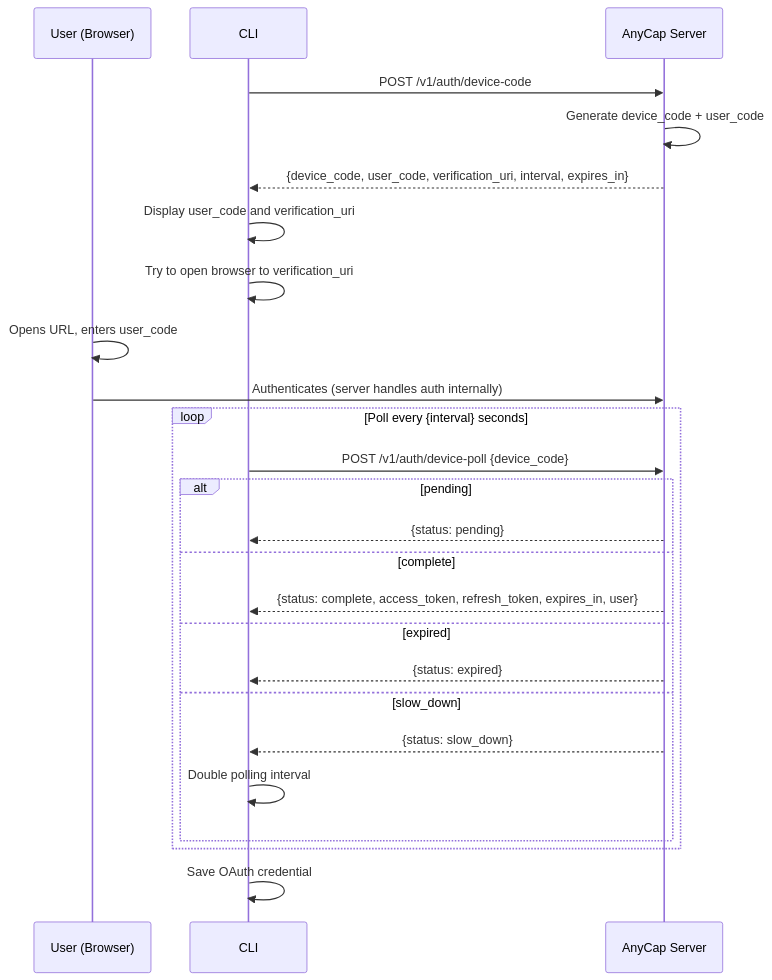
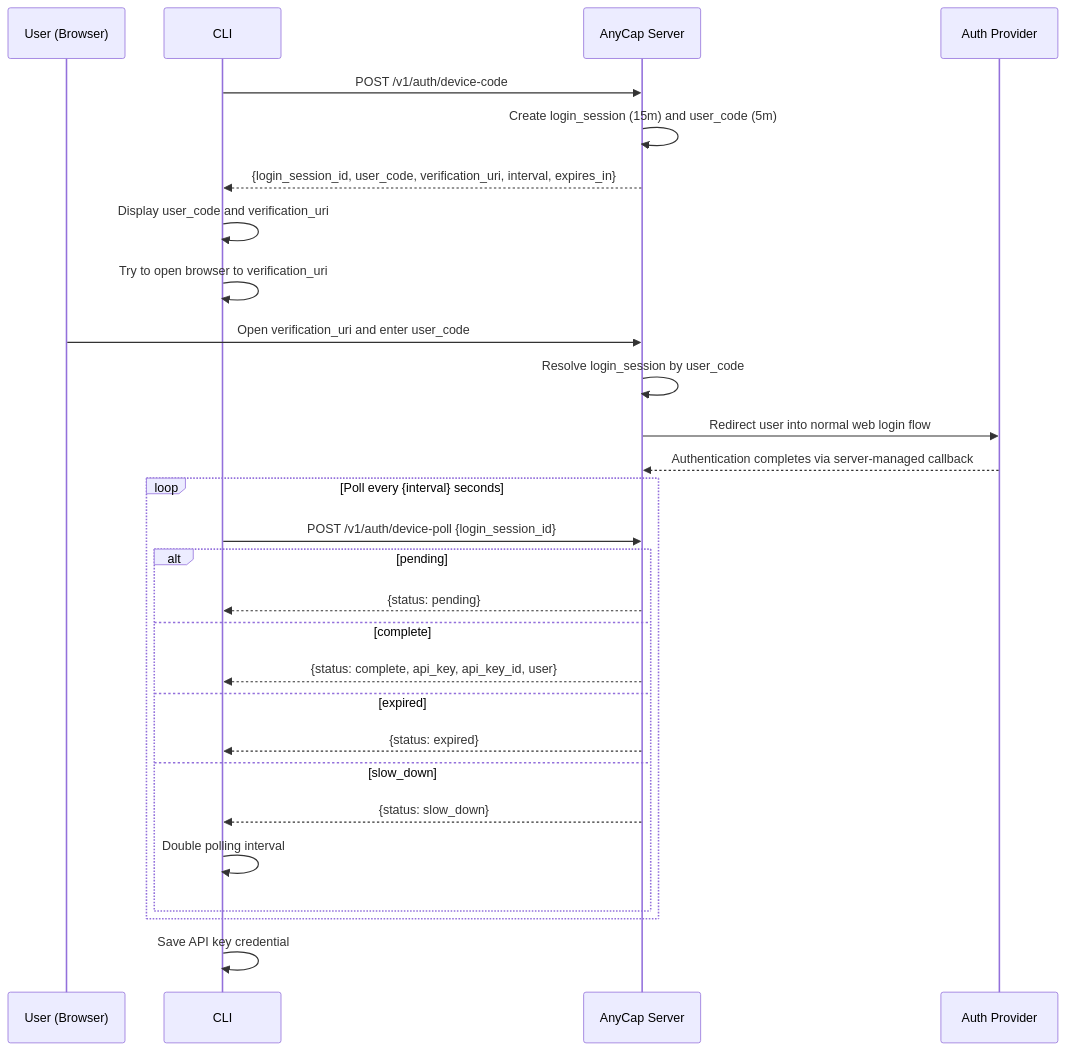
One commit to anycap-ai/anycap changed the fifth of 6 diagrams in docs/cli/spec/oauth.md. Above: the diagram before and after it, drawn with Mermaid. The commit also changed other lines of this file and 14 other files, not shown here.

Commit message:
feat: add headless login relay flow

````diff
--- a/docs/cli/spec/oauth.md
+++ b/docs/cli/spec/oauth.md
@@ -317,32 +328,35 @@
 ```mermaid
 sequenceDiagram
     participant U as User (Browser)
     participant C as CLI
     participant S as AnyCap Server
+    participant A as Auth Provider
 
     C->>S: POST /v1/auth/device-code
-    S->>S: Generate device_code + user_code
-    S-->>C: {device_code, user_code, verification_uri, interval, expires_in}
+    S->>S: Create login_session (15m) and user_code (5m)
+    S-->>C: {login_session_id, user_code, verification_uri, interval, expires_in}
 
     C->>C: Display user_code and verification_uri
     C->>C: Try to open browser to verification_uri
 
-    U->>U: Opens URL, enters user_code
-    U->>S: Authenticates (server handles auth internally)
+    U->>S: Open verification_uri and enter user_code
+    S->>S: Resolve login_session by user_code
+    S->>A: Redirect user into normal web login flow
+    A-->>S: Authentication completes via server-managed callback
 
     loop Poll every {interval} seconds
-        C->>S: POST /v1/auth/device-poll {device_code}
+        C->>S: POST /v1/auth/device-poll {login_session_id}
         alt pending
             S-->>C: {status: pending}
         else complete
-            S-->>C: {status: complete, access_token, refresh_token, expires_in, user}
+            S-->>C: {status: complete, api_key, api_key_id, user}
         else expired
             S-->>C: {status: expired}
         else slow_down
             S-->>C: {status: slow_down}
             C->>C: Double polling interval
         end
     end
 
-    C->>C: Save OAuth credential
+    C->>C: Save API key credential
 ```
````
